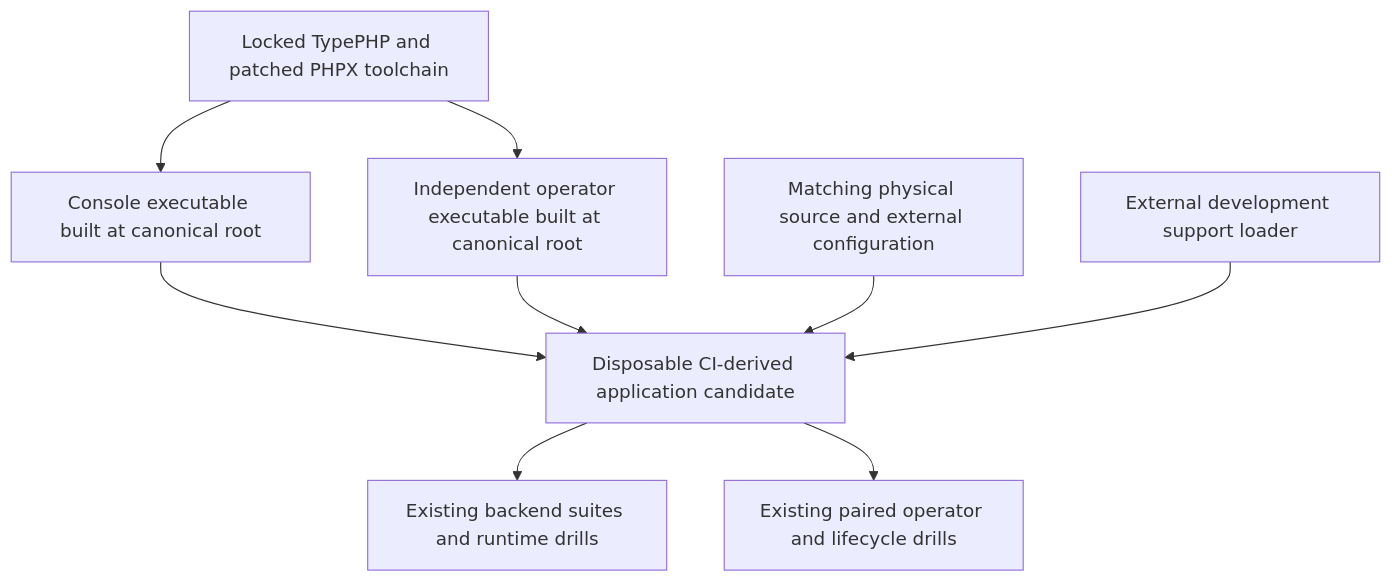
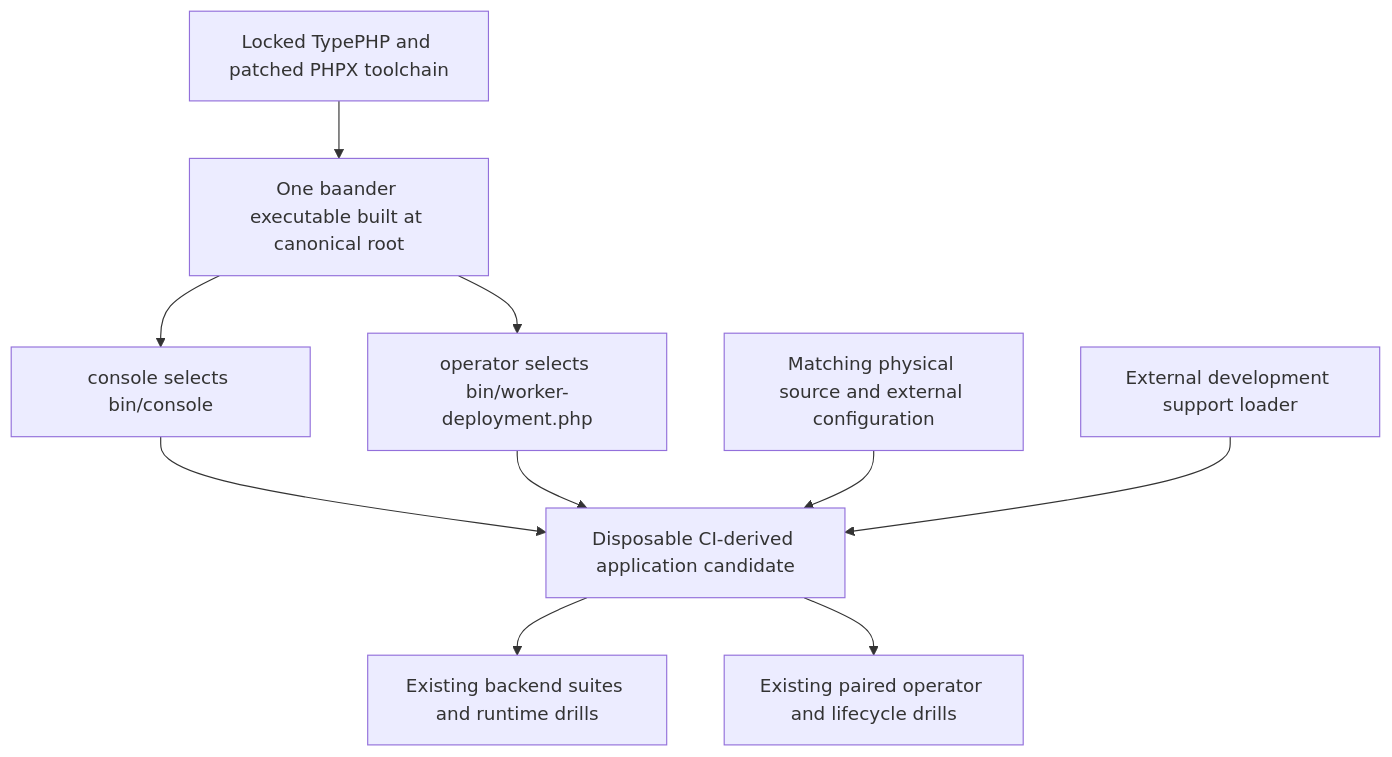
The diagram in docs/plans/2026-11-19-1159-feat-typephp-setup-plan.md (baander-app/baander), drawn with Mermaid before and after one commit. The commit also changed other lines of this file, not shown here.

Commit message:
docs(plan): consolidate TypePHP into one executable

````diff
--- a/docs/plans/2026-11-19-1159-feat-typephp-setup-plan.md
+++ b/docs/plans/2026-11-19-1159-feat-typephp-setup-plan.md
@@ -102,11 +107,12 @@
 ```mermaid
 flowchart TB
-  Toolchain[Locked TypePHP and patched PHPX toolchain] --> Console[Console executable built at canonical root]
-  Toolchain --> Operator[Independent operator executable built at canonical root]
+  Toolchain[Locked TypePHP and patched PHPX toolchain] --> Binary[One baander executable built at canonical root]
+  Binary --> Console[console selects bin/console]
+  Binary --> Operator[operator selects bin/worker-deployment.php]
   Console --> Candidate[Disposable CI-derived application candidate]
   Operator --> Candidate
   Physical[Matching physical source and external configuration] --> Candidate
   Dev[External development support loader] --> Candidate
   Candidate --> Suites[Existing backend suites and runtime drills]
   Candidate --> Paired[Existing paired operator and lifecycle drills]
 ```
````
